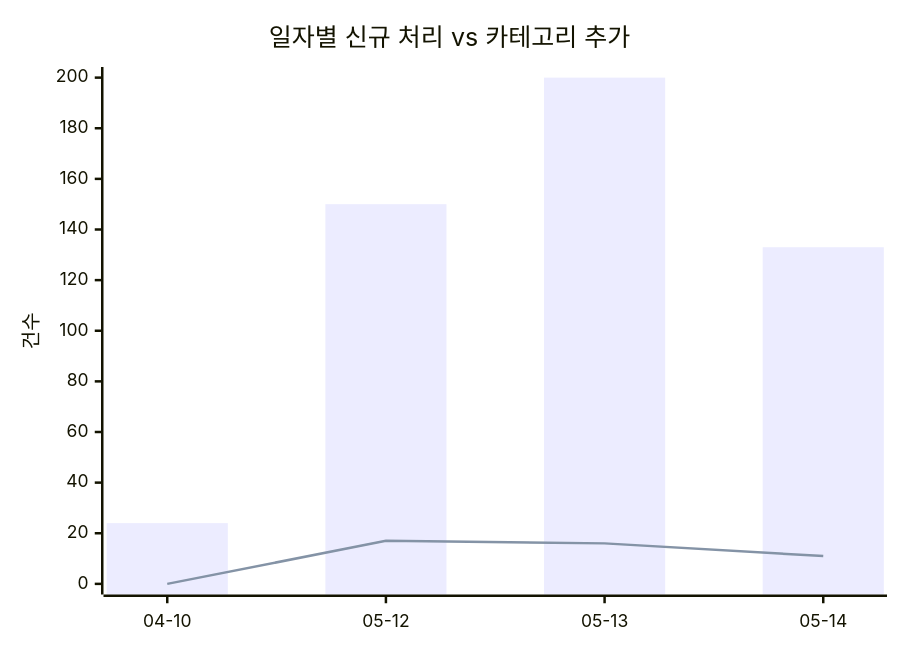
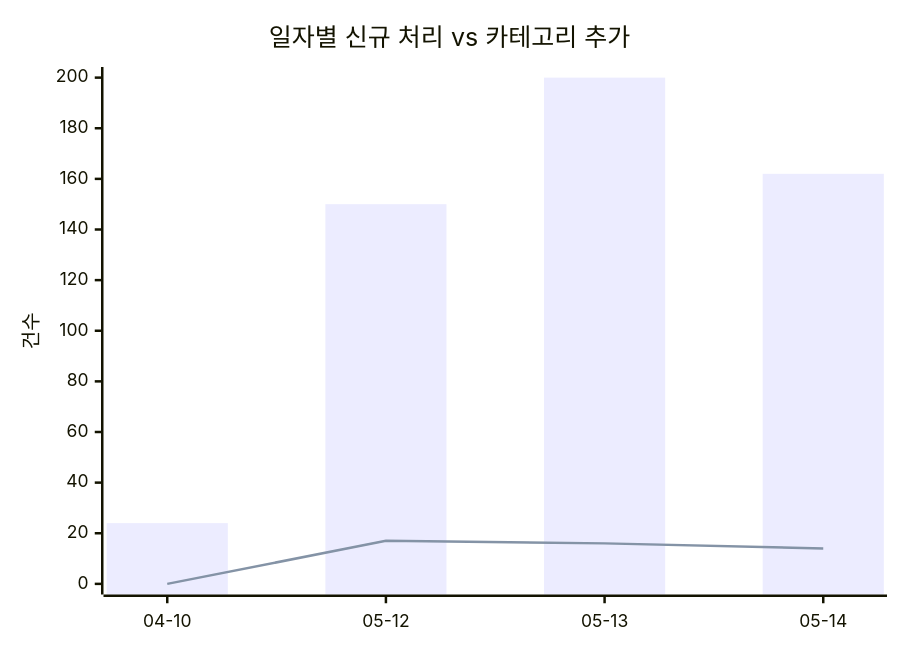
The first of 2 diagrams in docs/trends.md (J-nowcow/awesome-korean-agent-skills), drawn with Mermaid before and after one commit. The commit also changed other lines of this file and 6 other files, not shown here.

````diff
--- a/docs/trends.md
+++ b/docs/trends.md
@@ -32,8 +32,8 @@
 ```mermaid
 xychart-beta
     title "일자별 신규 처리 vs 카테고리 추가"
     x-axis ["04-10","05-12","05-13","05-14"]
     y-axis "건수"
-    bar [24,150,200,133]
-    line [0,17,16,11]
+    bar [24,150,200,162]
+    line [0,17,16,14]
 ```
````
